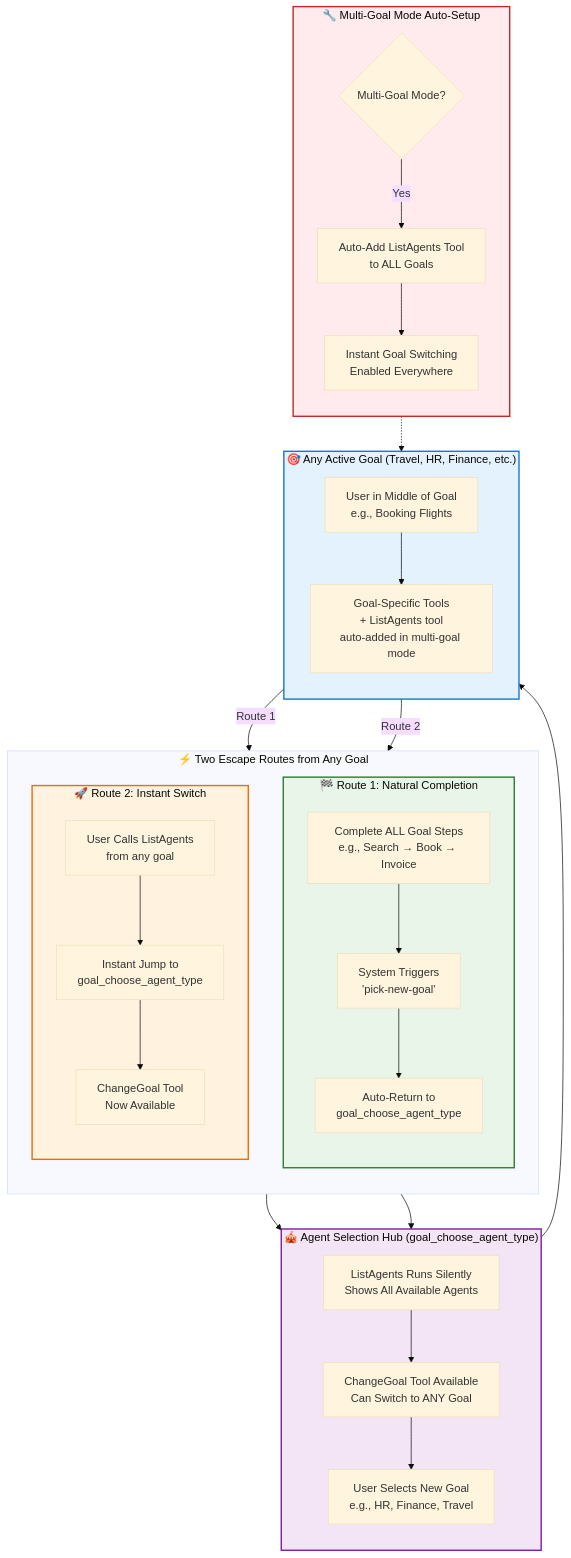
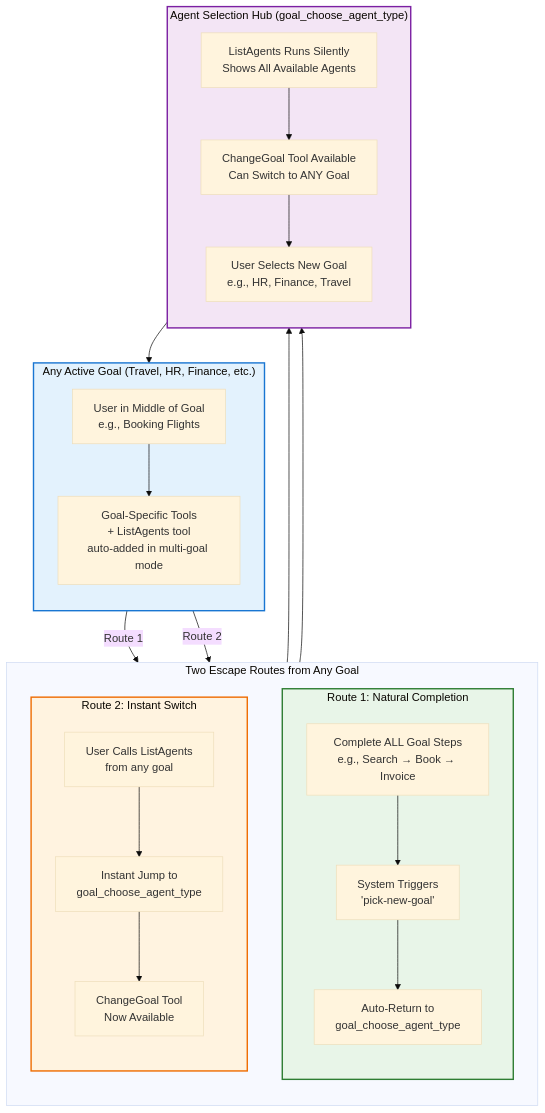
One commit to shin-hyuk/yoda changed the second of 3 diagrams in NEW_ARCHITECTURE_PLAN.md. Above: the diagram before and after it, drawn with Mermaid (base theme). The commit also changed other lines of this file, not shown here.

````diff
--- a/NEW_ARCHITECTURE_PLAN.md
+++ b/NEW_ARCHITECTURE_PLAN.md
@@ -159,75 +160,61 @@
 ```mermaid
 graph TD
-    subgraph AnyGoal ["🎯 Any Active Goal (Travel, HR, Finance, etc.)"]
+    subgraph AnyGoal ["Any Active Goal (Travel, HR, Finance, etc.)"]
         direction TB
         UserInGoal[User in Middle of Goal<br/>e.g., Booking Flights]
         GoalTools[Goal-Specific Tools<br/>+ ListAgents tool<br/>auto-added in multi-goal mode]
         
         UserInGoal --> GoalTools
     end
     
-    subgraph TwoEscapeRoutes ["⚡ Two Escape Routes from Any Goal"]
+    subgraph TwoEscapeRoutes ["Two Escape Routes from Any Goal"]
         direction TB
         
-        subgraph Route1 ["🏁 Route 1: Natural Completion"]
+        subgraph Route1 ["Route 1: Natural Completion"]
             direction TB
             CompleteAllSteps[Complete ALL Goal Steps<br/>e.g., Search → Book → Invoice]
             SystemTrigger[System Triggers<br/>'pick-new-goal']
             AutoReturn[Auto-Return to<br/>goal_choose_agent_type]
             
             CompleteAllSteps --> SystemTrigger
             SystemTrigger --> AutoReturn
         end
         
-        subgraph Route2 ["🚀 Route 2: Instant Switch"]
+        subgraph Route2 ["Route 2: Instant Switch"]
             direction TB
             UserCallsListAgents[User Calls ListAgents<br/>from any goal]
             InstantJump[Instant Jump to<br/>goal_choose_agent_type]
             ChangeGoalAvailable[ChangeGoal Tool<br/>Now Available]
             
             UserCallsListAgents --> InstantJump
             InstantJump --> ChangeGoalAvailable
         end
     end
     
-    subgraph AgentSelection ["🎪 Agent Selection Hub (goal_choose_agent_type)"]
+    subgraph AgentSelection ["Agent Selection Hub (goal_choose_agent_type)"]
         direction TB
         ListAgentsSilent[ListAgents Runs Silently<br/>Shows All Available Agents]
         ChangeGoalTool[ChangeGoal Tool Available<br/>Can Switch to ANY Goal]
         NewGoalSelected[User Selects New Goal<br/>e.g., HR, Finance, Travel]
         
         ListAgentsSilent --> ChangeGoalTool
         ChangeGoalTool --> NewGoalSelected
     end
     
     %% Connections
     GoalTools -->|Route 1| Route1
     GoalTools -->|Route 2| Route2
     AutoReturn --> AgentSelection
     ChangeGoalAvailable --> AgentSelection
     NewGoalSelected --> AnyGoal
     
-    %% Auto-addition of ListAgents
-    subgraph MultiGoalLogic ["🔧 Multi-Goal Mode Auto-Setup"]
-        direction TB
-        MultiGoalCheck{Multi-Goal Mode?}
-        AutoAddListAgents[Auto-Add ListAgents Tool<br/>to ALL Goals]
-        InstantSwitchEnabled[Instant Goal Switching<br/>Enabled Everywhere]
-        
-        MultiGoalCheck -->|Yes| AutoAddListAgents
-        AutoAddListAgents --> InstantSwitchEnabled
-        InstantSwitchEnabled -.-> GoalTools
-    end
-    
     classDef anyGoal fill:#e3f2fd,stroke:#1976d2,stroke-width:2px
     classDef route1 fill:#e8f5e8,stroke:#2e7d32,stroke-width:2px
     classDef route2 fill:#fff3e0,stroke:#ef6c00,stroke-width:2px
     classDef agentHub fill:#f3e5f5,stroke:#7b1fa2,stroke-width:2px
-    classDef autoLogic fill:#ffebee,stroke:#c62828,stroke-width:2px
     
     class AnyGoal anyGoal
     class Route1 route1
     class Route2 route2
     class AgentSelection agentHub
-    class MultiGoalLogic autoLogic
 ```
````
